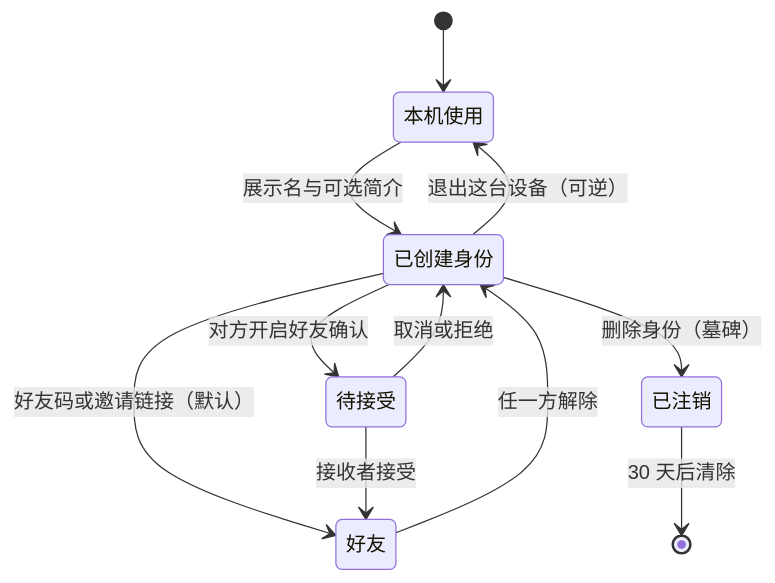
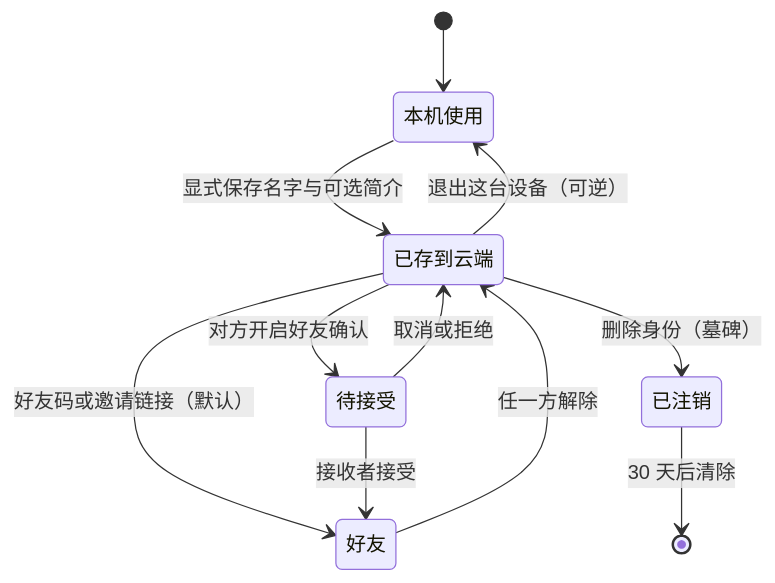
Before and after one commit to 0xBelulu/blur: the diagram in docs/identity-friends-api.md, drawn with Mermaid. The commit also changed other lines of this file and 16 other files, not shown here.

````diff
--- a/docs/identity-friends-api.md
+++ b/docs/identity-friends-api.md
@@ -26,13 +26,13 @@
 ```mermaid
 stateDiagram-v2
   [*] --> 本机使用
-  本机使用 --> 已创建身份: 展示名与可选简介
-  已创建身份 --> 好友: 好友码或邀请链接（默认）
-  已创建身份 --> 待接受: 对方开启好友确认
+  本机使用 --> 已存到云端: 显式保存名字与可选简介
+  已存到云端 --> 好友: 好友码或邀请链接（默认）
+  已存到云端 --> 待接受: 对方开启好友确认
   待接受 --> 好友: 接收者接受
-  待接受 --> 已创建身份: 取消或拒绝
-  好友 --> 已创建身份: 任一方解除
-  已创建身份 --> 本机使用: 退出这台设备（可逆）
-  已创建身份 --> 已注销: 删除身份（墓碑）
+  待接受 --> 已存到云端: 取消或拒绝
+  好友 --> 已存到云端: 任一方解除
+  已存到云端 --> 本机使用: 退出这台设备（可逆）
+  已存到云端 --> 已注销: 删除身份（墓碑）
   已注销 --> [*]: 30 天后清除
 ```
````
